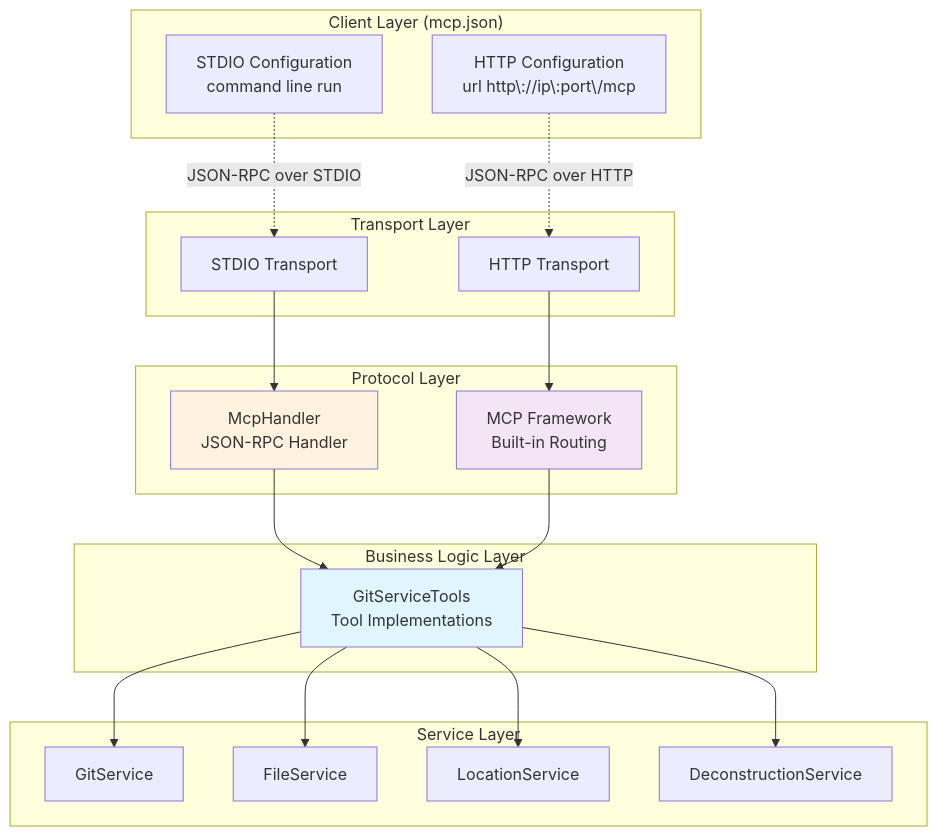
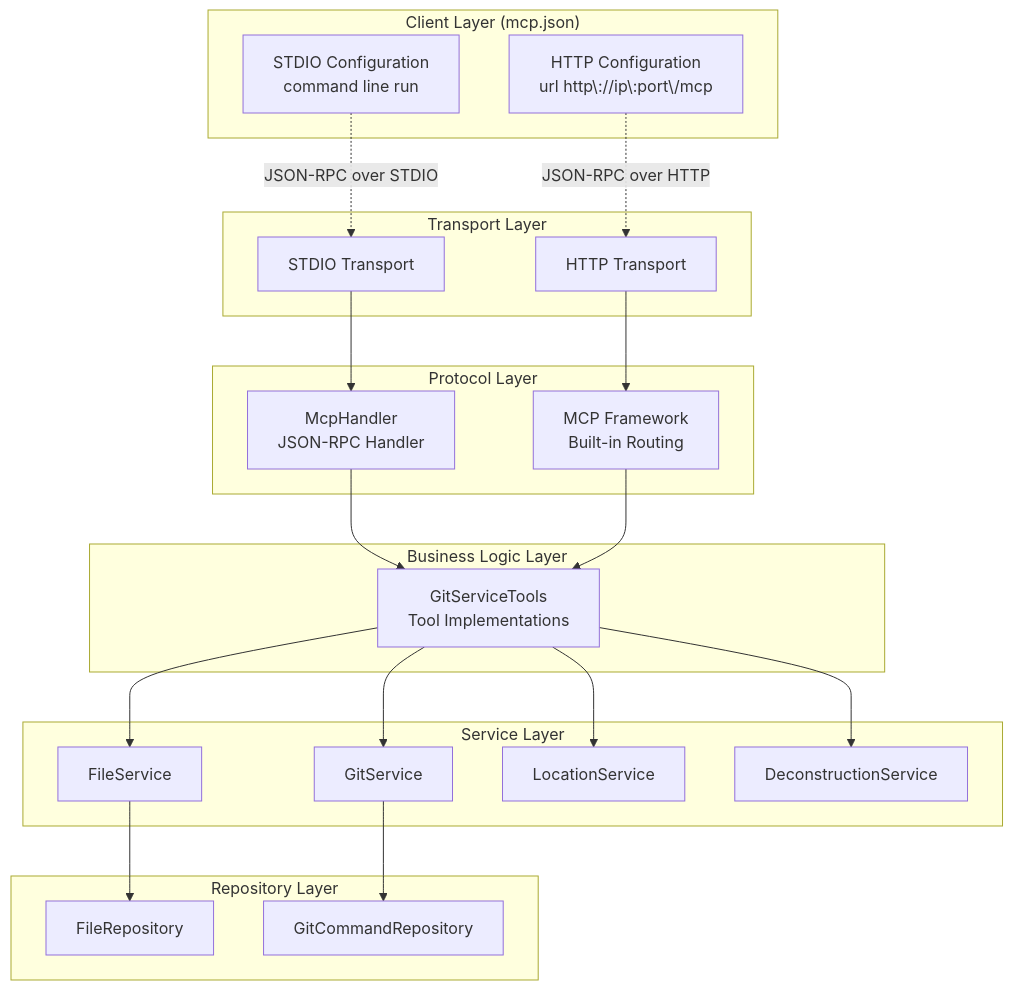
Before and after one commit to MCPRUNNER/GitVisionMCP: the first of 8 diagrams in Documentation/ARCHITECTURE.md, drawn with Mermaid. The commit also changed 5 other files, not shown here.

Commit message:
Refactoring GitCommandRepository and tests

````diff
--- a/Documentation/ARCHITECTURE.md
+++ b/Documentation/ARCHITECTURE.md
@@ -9,46 +9,49 @@
 ```mermaid
 graph TB
     subgraph "Client Layer (mcp.json)"
         VSCode[STDIO Configuration<br/>command line run]
         HTTPClient[HTTP Configuration<br/>url http\://ip\:port\/mcp]
     end
 
     subgraph "Transport Layer"
         STDIO[STDIO Transport]
         HTTP[HTTP Transport]
     end
 
     subgraph "Protocol Layer"
         McpHandler[McpHandler<br/>JSON-RPC Handler]
         McpFramework[MCP Framework<br/>Built-in Routing]
     end
 
     subgraph "Business Logic Layer"
         GitServiceTools[GitServiceTools<br/>Tool Implementations]
     end
 
     subgraph "Service Layer"
         GitService[GitService]
         FileService[FileService]
         LocationService[LocationService]
         DeconstructionService[DeconstructionService]
     end
-
+    subgraph "Repository Layer"
+        FileRepository[FileRepository]
+        GitRepository[GitCommandRepository]
+    end
     VSCode -.->|JSON-RPC over STDIO| STDIO
     HTTPClient -.->|JSON-RPC over HTTP| HTTP
 
     STDIO --> McpHandler
     HTTP --> McpFramework
 
     McpHandler --> GitServiceTools
     McpFramework --> GitServiceTools
 
     GitServiceTools --> GitService
     GitServiceTools --> FileService
     GitServiceTools --> LocationService
     GitServiceTools --> DeconstructionService
+    FileService --> FileRepository
+    GitService --> GitRepository
 
-    style GitServiceTools fill:#e1f5fe
-    style McpHandler fill:#fff3e0
-    style McpFramework fill:#f3e5f5
+
 ```
````
